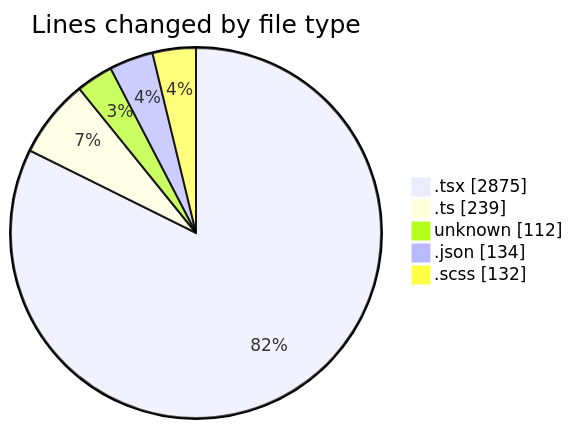
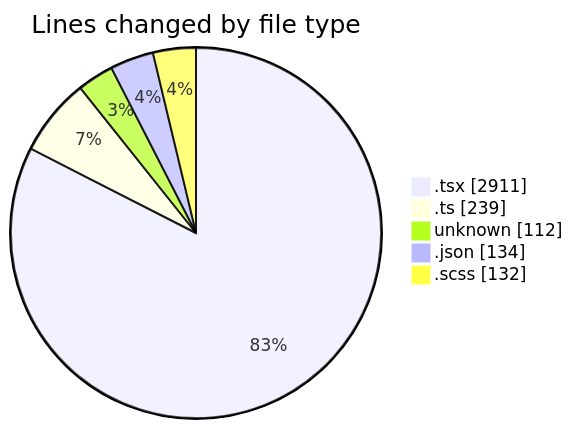
One commit to momahboobian/code-tracking changed the first of 2 diagrams in 2026-04-28/cda/README.md. Above: the diagram before and after it, drawn with Mermaid. The commit also changed other lines of this file and 1 other file, not shown here.

````diff
--- a/2026-04-28/cda/README.md
+++ b/2026-04-28/cda/README.md
@@ -47,9 +47,9 @@
 ```mermaid
 pie showData
 title Lines changed by file type
-".tsx" : 2875
+".tsx" : 2911
 ".ts" : 239
 "unknown" : 112
 ".json" : 134
 ".scss" : 132
 ```
````
